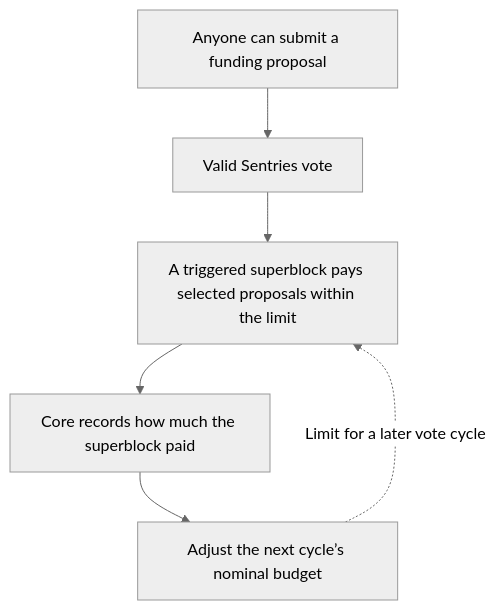
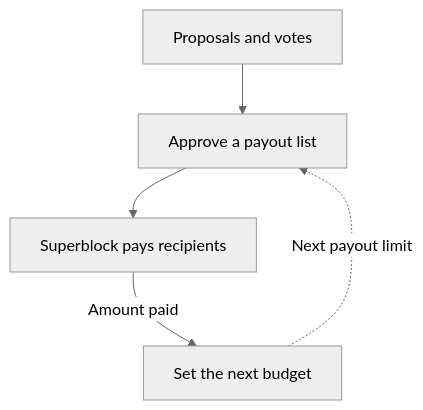
The diagram in docs/governance/dynamic-governance.mdx (syscoin/sys-docs), drawn with Mermaid (neutral theme) before and after one commit. The commit also changed other lines of this file and 41 other files, not shown here.

````diff
--- a/docs/governance/dynamic-governance.mdx
+++ b/docs/governance/dynamic-governance.mdx
@@ -16,10 +14,9 @@
 ```mermaid
 flowchart TD
-    accTitle: How funding votes and actual payments affect Syscoin's next budget
-    accDescr: Anyone can submit a funding proposal. Valid Sentries vote. A triggered superblock pays selected proposals within the limit. Core uses the recorded payout to adjust the next cycle's nominal budget.
-    Proposal["Anyone can submit a funding proposal"] --> Votes["Valid Sentries vote"]
-    Votes --> Payout["A triggered superblock pays selected proposals within the limit"]
-    Payout --> Usage["Core records how much the superblock paid"]
-    Usage --> Budget["Adjust the next cycle’s nominal budget"]
-    Budget -.->|"Limit for a later vote cycle"| Payout
+    accTitle: Syscoin's funding cycle
+    accDescr: Proposal votes rank requests. Sentries approve a payout list. The superblock pays recipients, and Core uses the amount paid to set the next nominal budget. That budget limits the next payout list.
+    Proposals["Proposals and votes"] --> Trigger["Approve a payout list"]
+    Trigger --> Superblock["Superblock pays recipients"]
+    Superblock -->|Amount paid| Budget["Set the next budget"]
+    Budget -.->|Next payout limit| Trigger
 ```
````
